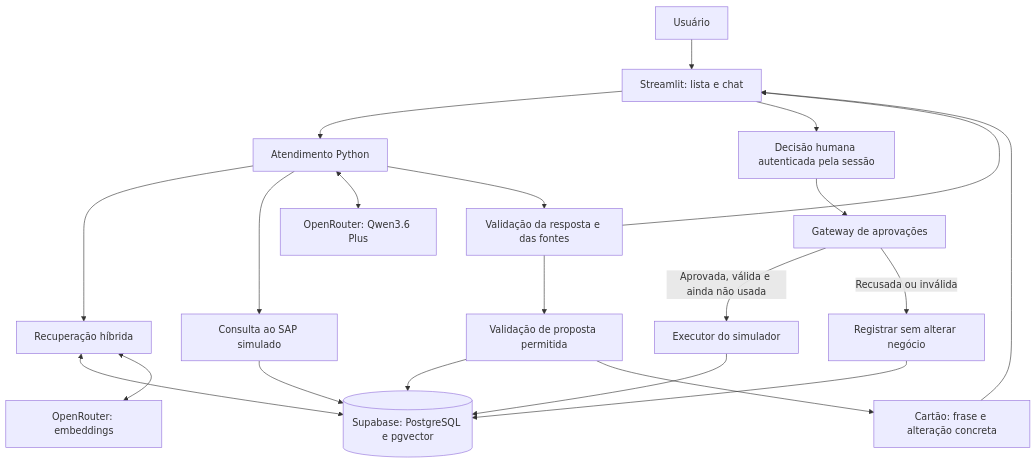
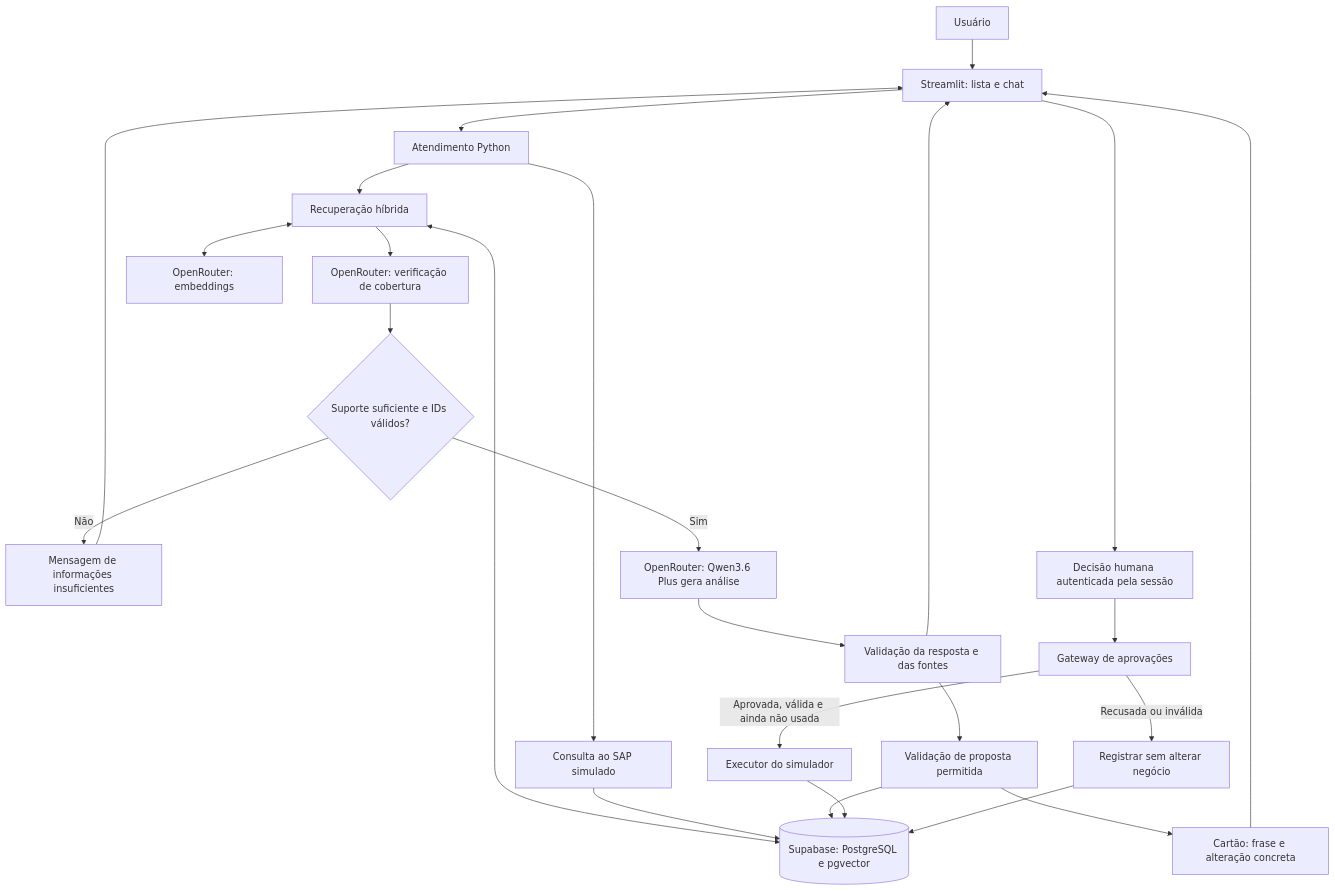
Before and after one commit to BrunoGroehs/Assistente-Inteligente-para-Analise-de-Chamados-SAP: the diagram in instrucoes/03-arquitetura.md, drawn with Mermaid. The commit also changed other lines of this file and 22 other files, not shown here.

Commit message:
feat: organiza fontes e bloqueia respostas sem suporte no RAG

````diff
--- a/instrucoes/03-arquitetura.md
+++ b/instrucoes/03-arquitetura.md
@@ -27,23 +30,27 @@
 ```mermaid
 flowchart TD
     U[Usuário] --> UI[Streamlit: lista e chat]
     UI --> A[Atendimento Python]
     A --> R[Recuperação híbrida]
     R <--> DB[(Supabase: PostgreSQL e pgvector)]
     A --> READ[Consulta ao SAP simulado]
     READ --> DB
-    A <--> L[OpenRouter: Qwen3.6 Plus]
+    R --> C[OpenRouter: verificação de cobertura]
+    C --> Q{Suporte suficiente e IDs válidos?}
+    Q -->|Não| F[Mensagem de informações insuficientes]
+    F --> UI
+    Q -->|Sim| L[OpenRouter: Qwen3.6 Plus gera análise]
     R <--> E[OpenRouter: embeddings]
-    A --> V[Validação da resposta e das fontes]
+    L --> V[Validação da resposta e das fontes]
     V --> UI
     V --> P[Validação de proposta permitida]
     P --> DB
     P --> CARD[Cartão: frase e alteração concreta]
     CARD --> UI
     UI --> H[Decisão humana autenticada pela sessão]
     H --> G[Gateway de aprovações]
     G -->|Aprovada, válida e ainda não usada| X[Executor do simulador]
     X --> DB
     G -->|Recusada ou inválida| STOP[Registrar sem alterar negócio]
     STOP --> DB
 ```
````
